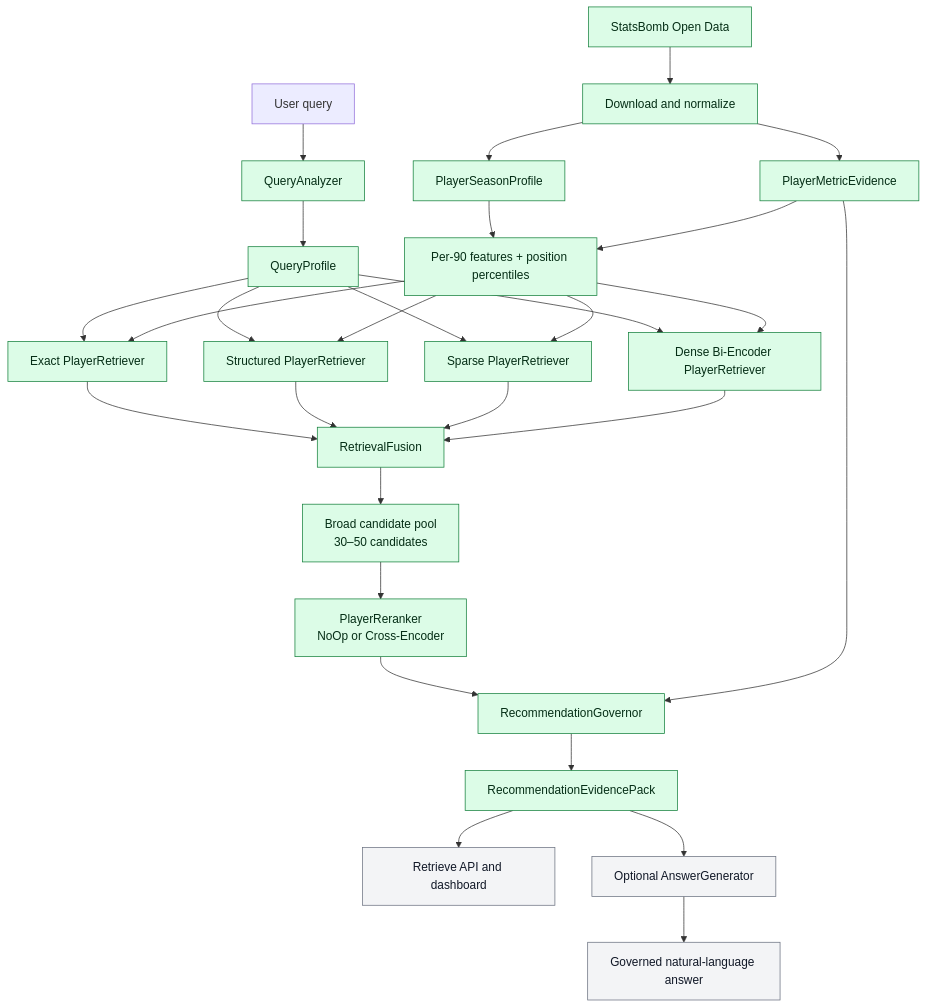
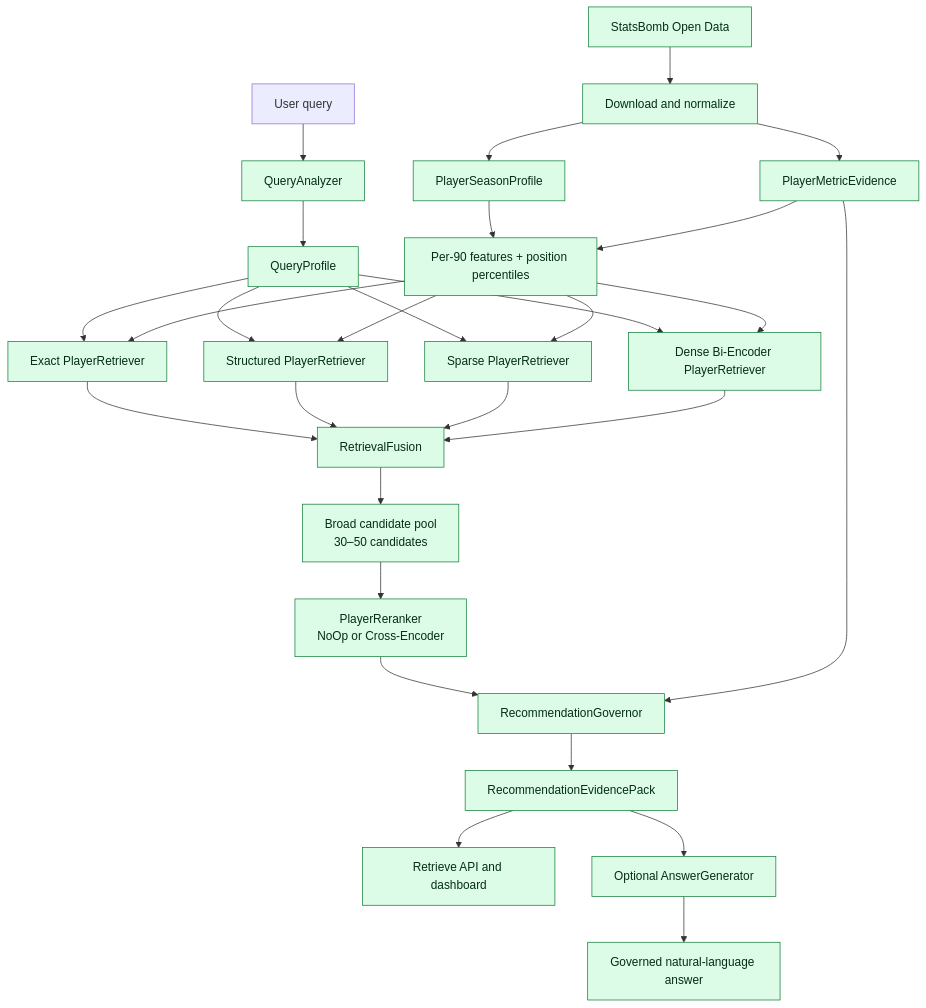
Before and after one commit to simonmang/ScoutRAG: the first of 2 diagrams in README.md, drawn with Mermaid. The commit also changed other lines of this file and 23 other files, not shown here.

````diff
--- a/README.md
+++ b/README.md
@@ -33,40 +33,39 @@
 ```mermaid
 flowchart TD
     SB[StatsBomb Open Data] --> DN[Download and normalize]
     DN --> PS[PlayerSeasonProfile]
     DN --> ME[PlayerMetricEvidence]
     PS --> FE[Per-90 features + position percentiles]
     ME --> FE
 
     U[User query] --> QA[QueryAnalyzer]
     QA --> QP[QueryProfile]
 
     QP --> ER[Exact PlayerRetriever]
     QP --> SR[Structured PlayerRetriever]
     QP --> SP[Sparse PlayerRetriever]
     QP --> DR[Dense Bi-Encoder PlayerRetriever]
 
     ER --> F[RetrievalFusion]
     SR --> F
     SP --> F
     DR --> F
 
     F --> CP[Broad candidate pool<br/>30–50 candidates]
     CP --> RR[PlayerReranker<br/>NoOp or Cross-Encoder]
     RR --> G[RecommendationGovernor]
     G --> EP[RecommendationEvidencePack]
     FE --> ER
     FE --> SR
     FE --> SP
     FE --> DR
     ME --> G
 
     EP --> API[Retrieve API and dashboard]
     EP --> AG[Optional AnswerGenerator]
     AG --> AA[Governed natural-language answer]
 
     classDef implemented fill:#dcfce7,stroke:#15803d,color:#052e16;
     classDef later fill:#f3f4f6,stroke:#6b7280,color:#111827;
-    class SB,DN,PS,ME,FE,QA,QP,ER,SR,SP,DR,F,CP,RR,G,EP implemented;
-    class API,AG,AA later;
+    class SB,DN,PS,ME,FE,QA,QP,ER,SR,SP,DR,F,CP,RR,G,EP,API,AG,AA implemented;
 ```
````
